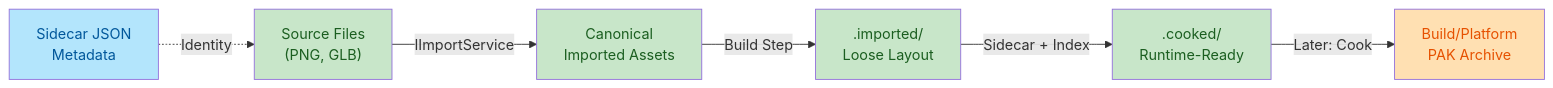
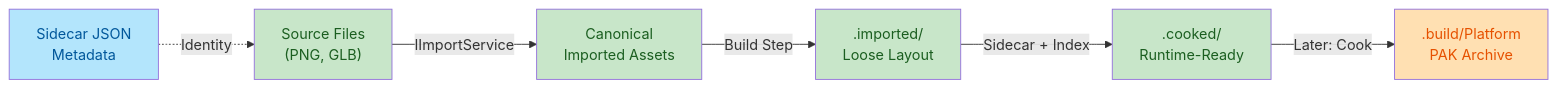
Before and after one commit to abdes/DroidNet: the first of 2 diagrams in projects/Oxygen.Assets/docs/import.md, drawn with Mermaid. The commit also changed other lines of this file and 68 other files, not shown here.

````diff
--- a/projects/Oxygen.Assets/docs/import.md
+++ b/projects/Oxygen.Assets/docs/import.md
@@ -155,14 +155,14 @@
 ```mermaid
 graph LR
     A["Source Files<br/>(PNG, GLB)"] -->|IImportService| B["Canonical<br/>Imported Assets"]
     B -->|Build Step| C[".imported/<br/>Loose Layout"]
     C -->|Sidecar + Index| D[".cooked/<br/>Runtime-Ready"]
-    D -->|Later: Cook| E["Build/Platform<br/>PAK Archive"]
+    D -->|Later: Cook| E[".build/Platform<br/>PAK Archive"]
     F["Sidecar JSON<br/>Metadata"] -.->|Identity| A
     style F fill:#b3e5fc,color:#01579b
     style A fill:#c8e6c9,color:#1b5e20
     style B fill:#c8e6c9,color:#1b5e20
     style C fill:#c8e6c9,color:#1b5e20
     style D fill:#c8e6c9,color:#1b5e20
     style E fill:#ffe0b2,color:#e65100
 ```
````
